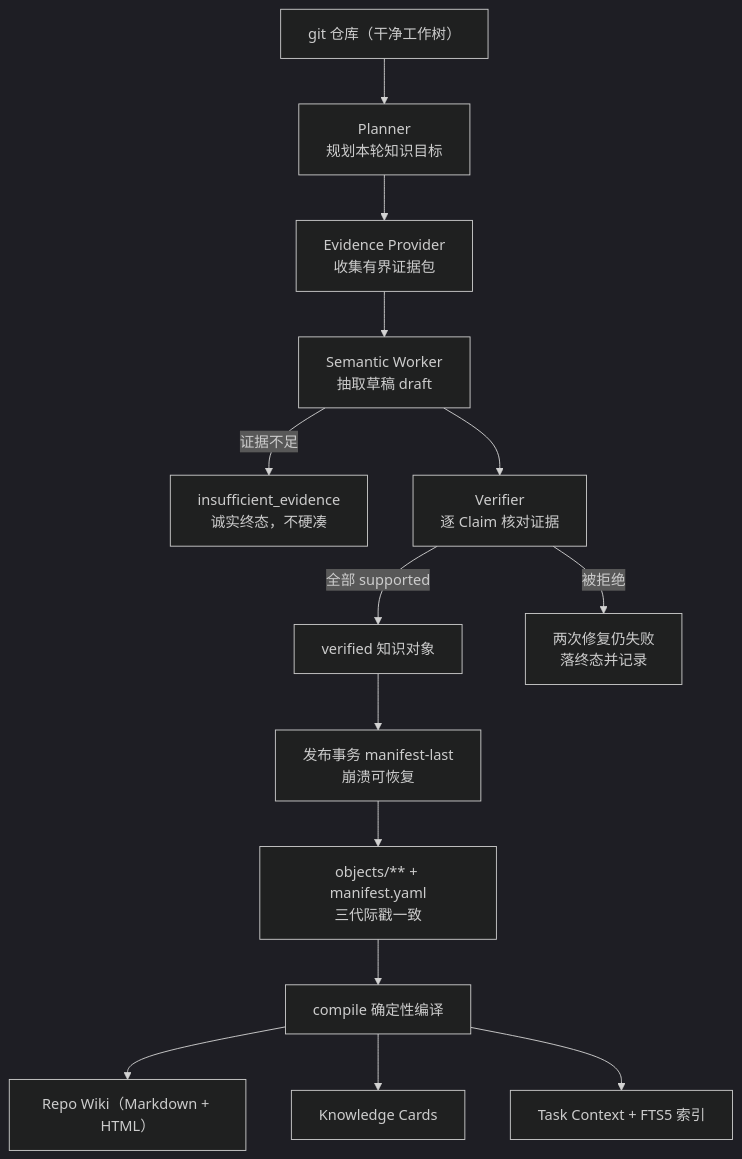
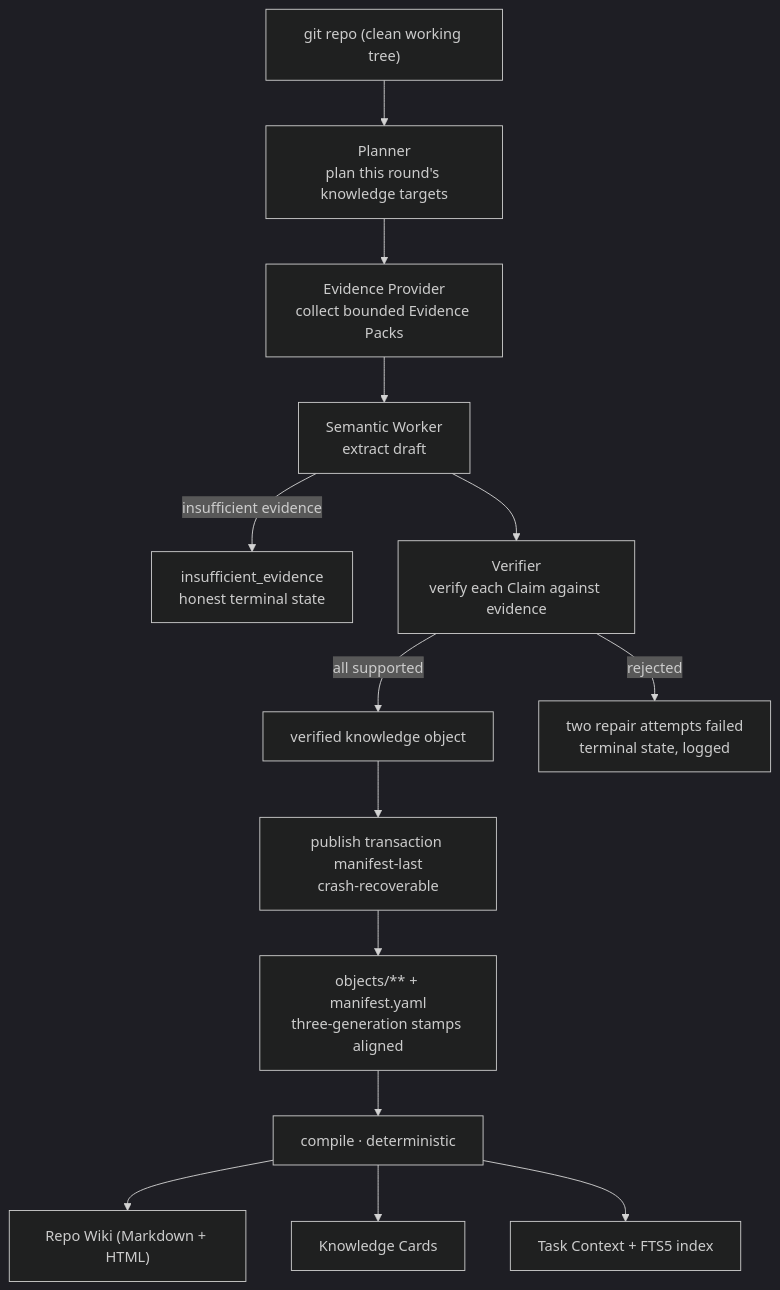
One commit to davyzhong/CodeWiki changed the third of 4 diagrams in README.md. Above: the diagram before and after it, drawn with Mermaid (dark theme). The commit also changed other lines of this file and 1 other file, not shown here.

Commit message:
docs: README v2 适配（评分 76/80，双语策略 + YAML frontmatter + a11y alt + 英文版首屏）

````diff
--- a/README.md
+++ b/README.md
@@ -195,16 +155,16 @@
 ```mermaid
 flowchart TD
-    R["git 仓库（干净工作树）"] --> P["Planner<br/>规划本轮知识目标"]
-    P --> EP["Evidence Provider<br/>收集有界证据包"]
-    EP --> W["Semantic Worker<br/>抽取草稿 draft"]
-    W -->|"证据不足"| IE["insufficient_evidence<br/>诚实终态，不硬凑"]
-    W --> V["Verifier<br/>逐 Claim 核对证据"]
-    V -->|"全部 supported"| OK["verified 知识对象"]
-    V -->|"被拒绝"| REJ["两次修复仍失败<br/>落终态并记录"]
-    OK --> M["发布事务 manifest-last<br/>崩溃可恢复"]
-    M --> OBJ["objects/** + manifest.yaml<br/>三代际戳一致"]
-    OBJ --> C["compile 确定性编译"]
-    C --> W1["Repo Wiki（Markdown + HTML）"]
+    R["git repo (clean working tree)"] --> P["Planner<br/>plan this round's knowledge targets"]
+    P --> EP["Evidence Provider<br/>collect bounded Evidence Packs"]
+    EP --> W["Semantic Worker<br/>extract draft"]
+    W -->|"insufficient evidence"| IE["insufficient_evidence<br/>honest terminal state"]
+    W --> V["Verifier<br/>verify each Claim against evidence"]
+    V -->|"all supported"| OK["verified knowledge object"]
+    V -->|"rejected"| REJ["two repair attempts failed<br/>terminal state, logged"]
+    OK --> M["publish transaction manifest-last<br/>crash-recoverable"]
+    M --> OBJ["objects/** + manifest.yaml<br/>three-generation stamps aligned"]
+    OBJ --> C["compile · deterministic"]
+    C --> W1["Repo Wiki (Markdown + HTML)"]
     C --> W2["Knowledge Cards"]
-    C --> W3["Task Context + FTS5 索引"]
+    C --> W3["Task Context + FTS5 index"]
 ```
````
